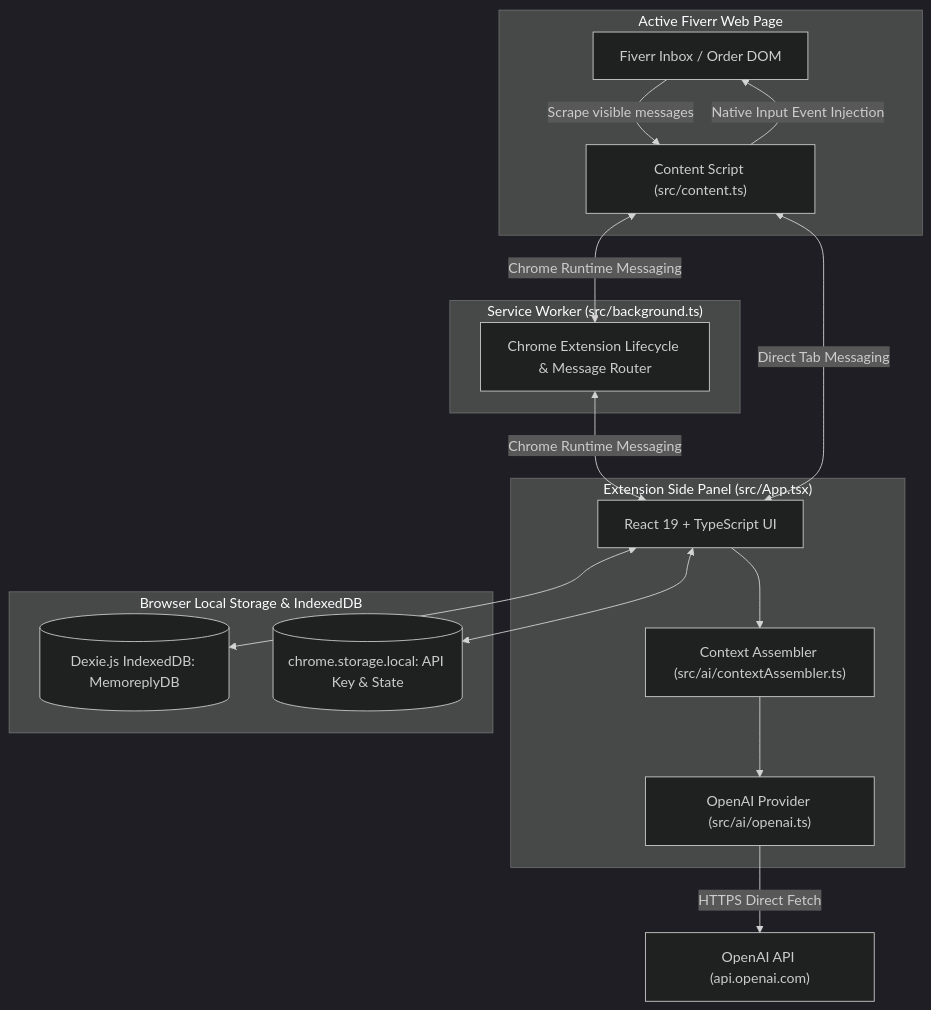
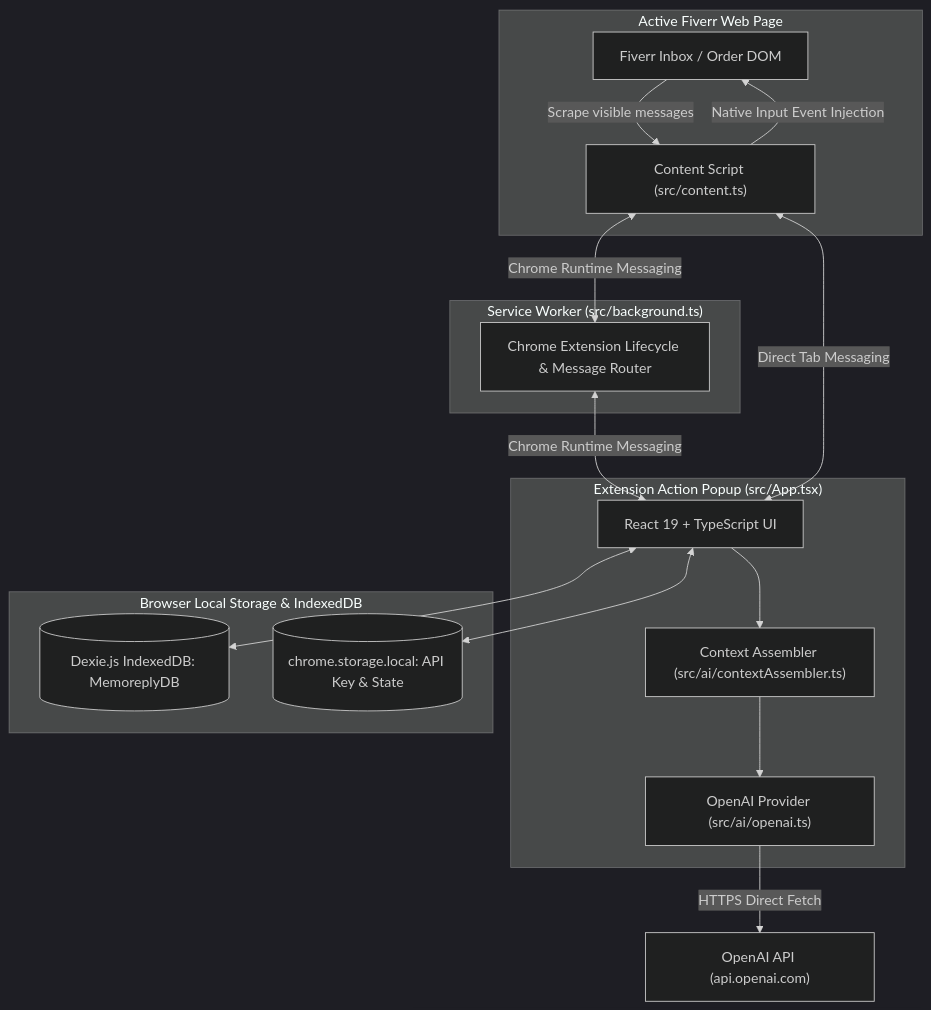
One commit to chatbotexpert/memoreply changed the diagram in ARCHITECTURE.md. Above: the diagram before and after it, drawn with Mermaid (dark theme). The commit also changed 6 other files, not shown here.

Commit message:
feat(ui): migrate extension architecture from side panel to action popup with optimized dimensions and tab routing

````diff
--- a/ARCHITECTURE.md
+++ b/ARCHITECTURE.md
@@ -11,33 +11,33 @@
 ```mermaid
 graph TD
     subgraph Browser Tab ["Active Fiverr Web Page"]
         FiverrDOM["Fiverr Inbox / Order DOM"]
         CS["Content Script (src/content.ts)"]
         FiverrDOM -->|Scrape visible messages| CS
         CS -->|Native Input Event Injection| FiverrDOM
     end
 
     subgraph Background ["Service Worker (src/background.ts)"]
         SW["Chrome Extension Lifecycle & Message Router"]
     end
 
-    subgraph SidePanel ["Extension Side Panel (src/App.tsx)"]
+    subgraph ActionPopup ["Extension Action Popup (src/App.tsx)"]
         UI["React 19 + TypeScript UI"]
         CA["Context Assembler (src/ai/contextAssembler.ts)"]
         AI["OpenAI Provider (src/ai/openai.ts)"]
         UI --> CA
         CA --> AI
     end
 
     subgraph Storage ["Browser Local Storage & IndexedDB"]
         IDB[("Dexie.js IndexedDB: MemoreplyDB")]
         LocalStore[("chrome.storage.local: API Key & State")]
     end
 
     CS <-->|Chrome Runtime Messaging| SW
     SW <-->|Chrome Runtime Messaging| UI
     CS <-->|Direct Tab Messaging| UI
     UI <--> IDB
     UI <--> LocalStore
     AI -->|HTTPS Direct Fetch| OpenAI["OpenAI API (api.openai.com)"]
 ```
````
